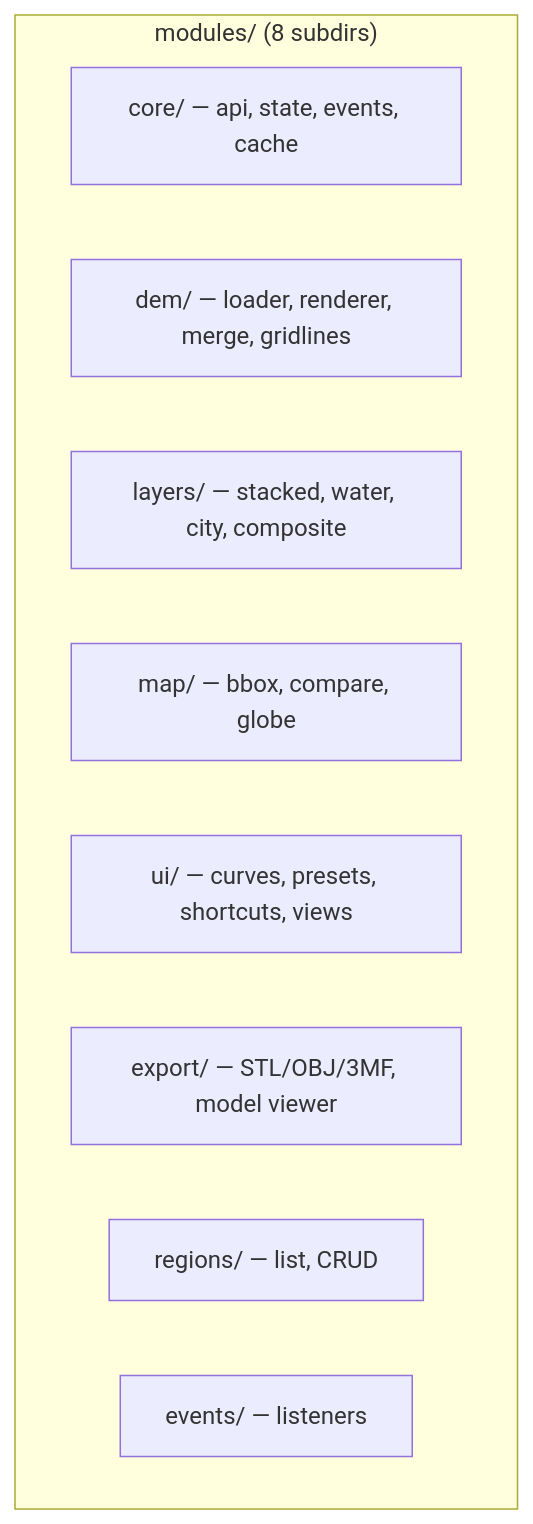
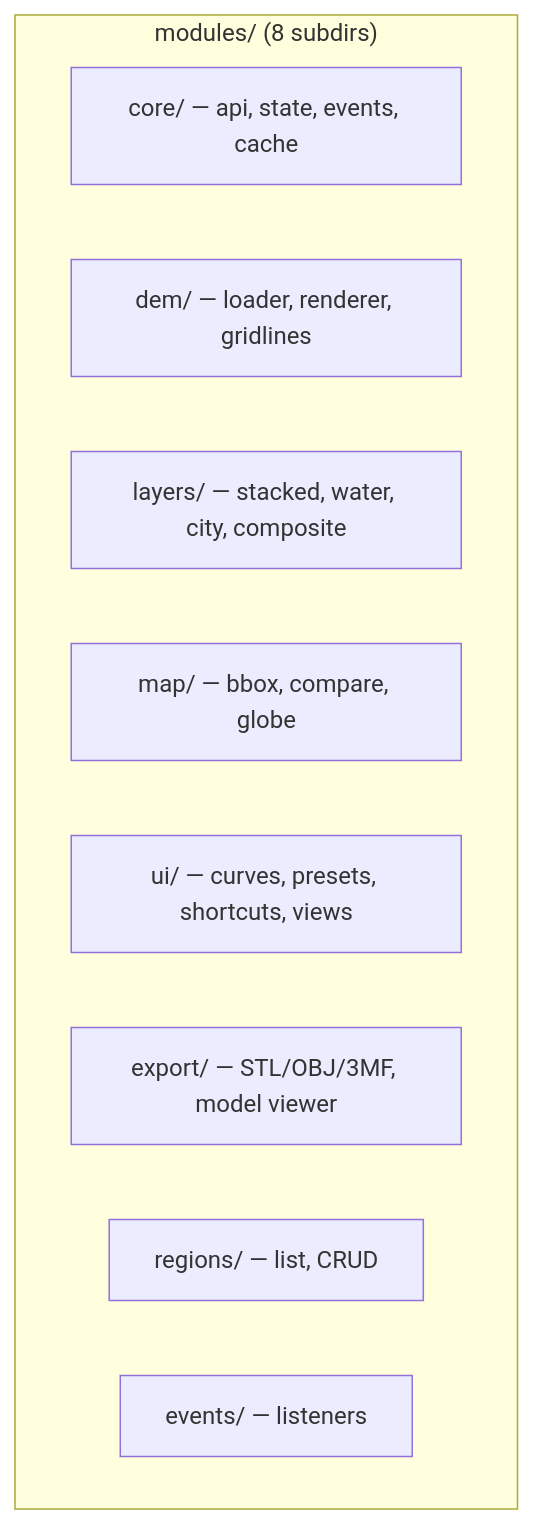
Before and after one commit to EdgarCardenasDeLaHoz/map2stl: the third of 15 diagrams in docs/arch.md, drawn with Mermaid. The commit also changed other lines of this file and 17 other files, not shown here.

````diff
--- a/docs/arch.md
+++ b/docs/arch.md
@@ -33,13 +33,13 @@
 ```mermaid
 flowchart TD
     subgraph Modules ["modules/ (8 subdirs)"]
         CORE_JS["core/ — api, state, events, cache"]
-        DEM_JS["dem/ — loader, renderer, merge, gridlines"]
+        DEM_JS["dem/ — loader, renderer, gridlines"]
         LAYERS_JS["layers/ — stacked, water, city, composite"]
         MAP_JS["map/ — bbox, compare, globe"]
         UI_JS["ui/ — curves, presets, shortcuts, views"]
         EXPORT_JS["export/ — STL/OBJ/3MF, model viewer"]
         REGIONS_JS["regions/ — list, CRUD"]
         EVENTS_JS["events/ — listeners"]
     end
 ```
````
